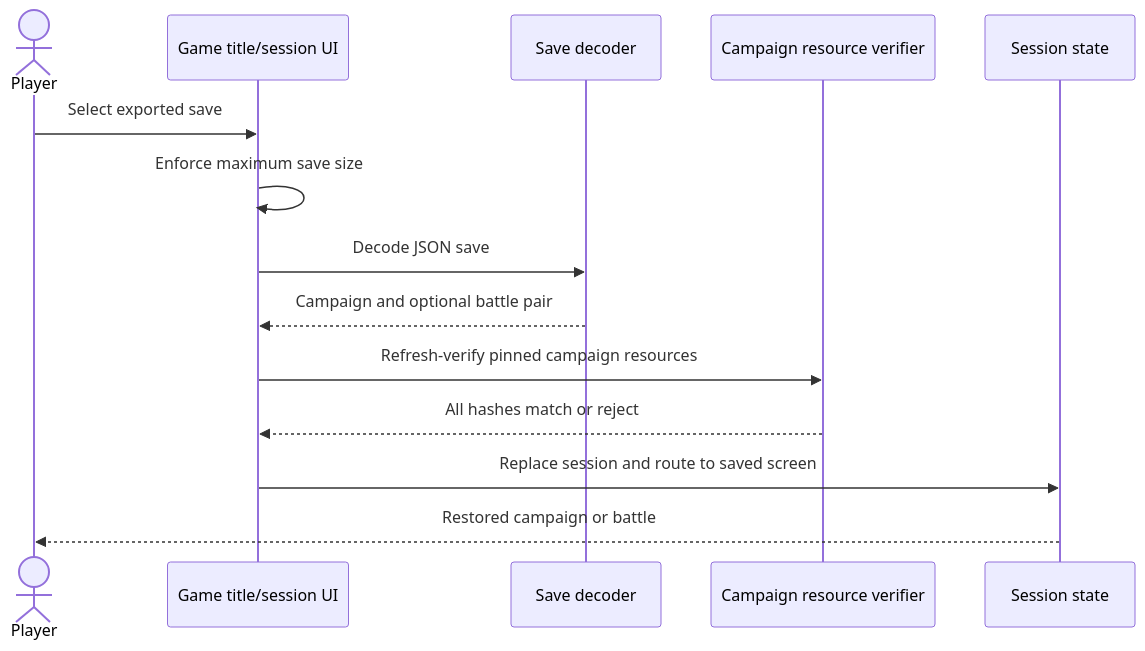
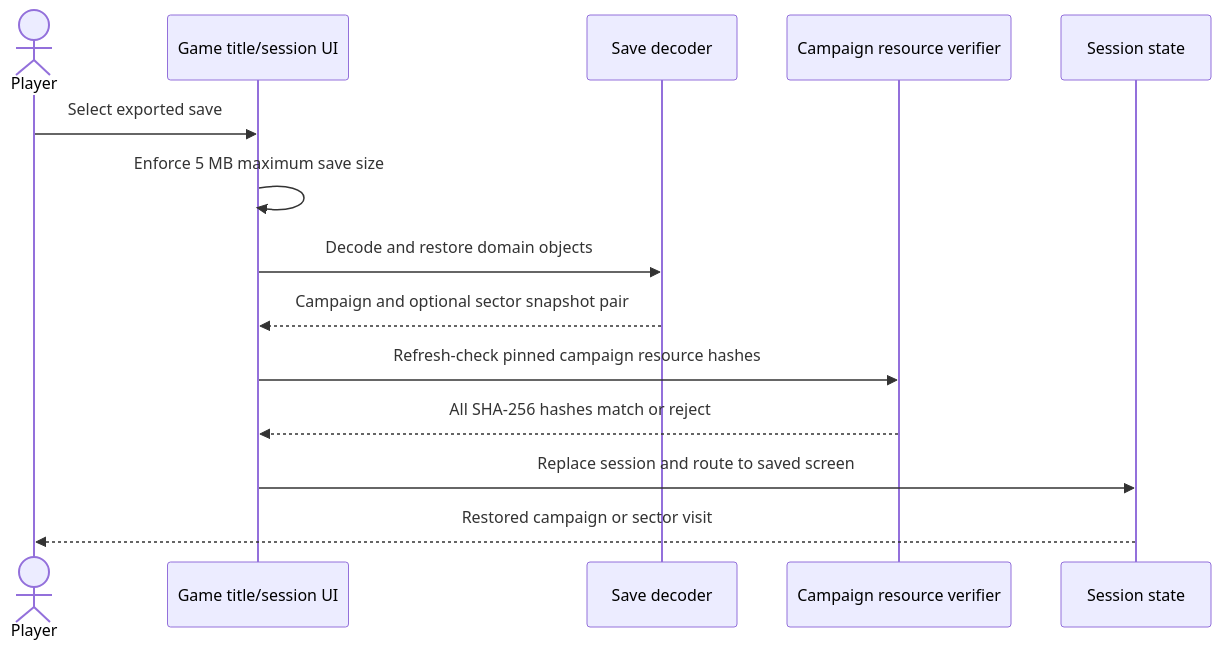
One commit to fsodano/granaderos changed the first of 2 diagrams in docs/architecture/use-cases/session.md. Above: the diagram before and after it, drawn with Mermaid. The commit also changed other lines of this file and 1182 other files, not shown here.

````diff
--- a/docs/architecture/use-cases/session.md
+++ b/docs/architecture/use-cases/session.md
@@ -144,16 +138,16 @@
 ```mermaid
 sequenceDiagram
   actor Player
   participant UI as Game title/session UI
   participant Save as Save decoder
   participant Assets as Campaign resource verifier
   participant State as Session state
   Player->>UI: Select exported save
-  UI->>UI: Enforce maximum save size
-  UI->>Save: Decode JSON save
-  Save-->>UI: Campaign and optional battle pair
-  UI->>Assets: Refresh-verify pinned campaign resources
-  Assets-->>UI: All hashes match or reject
+  UI->>UI: Enforce 5 MB maximum save size
+  UI->>Save: Decode and restore domain objects
+  Save-->>UI: Campaign and optional sector snapshot pair
+  UI->>Assets: Refresh-check pinned campaign resource hashes
+  Assets-->>UI: All SHA-256 hashes match or reject
   UI->>State: Replace session and route to saved screen
-  State-->>Player: Restored campaign or battle
+  State-->>Player: Restored campaign or sector visit
 ```
````
